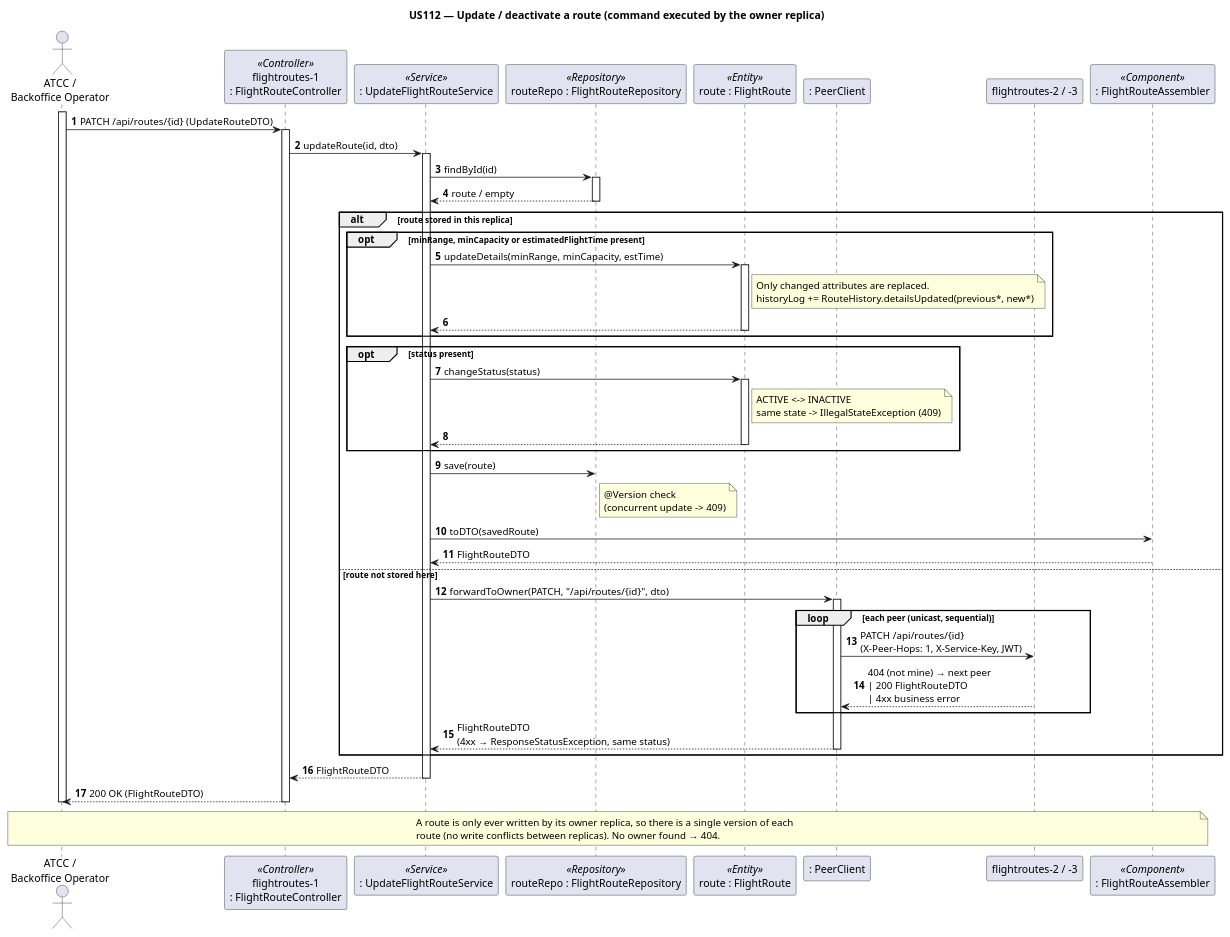
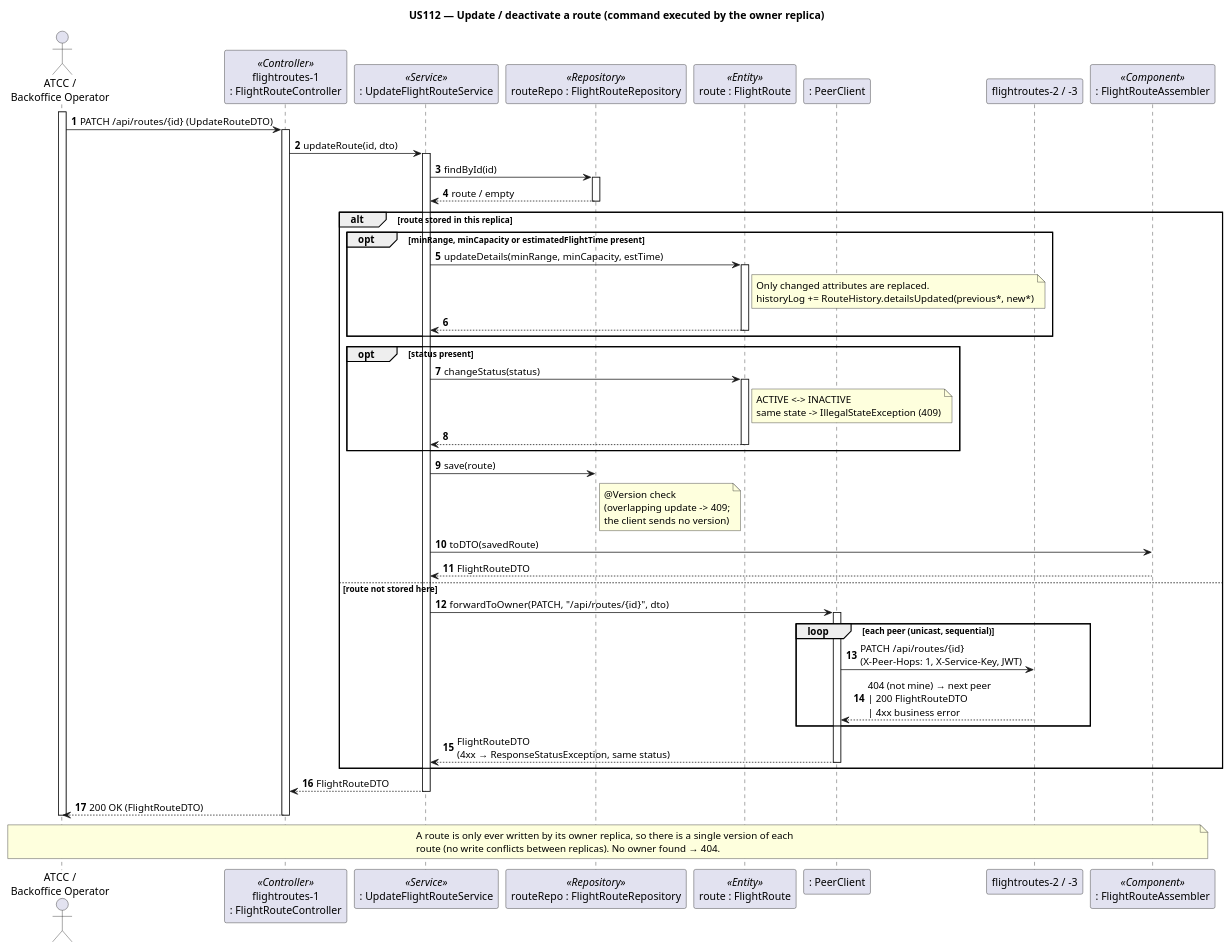
One commit to caetanotiago/Project_SIDIS changed the diagram in docs/5-scenarios/flightroutes/puml/FlightRoutes-SD-UpdateRoute.puml. Above: the diagram before and after it, drawn with PlantUML. The commit also changed 24 other files, not shown here.

```diff
--- a/docs/5-scenarios/flightroutes/puml/FlightRoutes-SD-UpdateRoute.puml
+++ b/docs/5-scenarios/flightroutes/puml/FlightRoutes-SD-UpdateRoute.puml
@@ -1,72 +1,72 @@
 @startuml FlightRoutes-SD-UpdateRoute
 autonumber
 title US112 — Update / deactivate a route (command executed by the owner replica)
 actor "ATCC /\nBackoffice Operator" as User
 
 participant "flightroutes-1\n: FlightRouteController" as Ctrl <<Controller>>
 participant ": UpdateFlightRouteService" as Service <<Service>>
 participant "routeRepo : FlightRouteRepository" as RouteRepo <<Repository>>
 participant "route : FlightRoute" as Route <<Entity>>
 participant ": PeerClient" as Peers
 participant "flightroutes-2 / -3" as Owner
 participant ": FlightRouteAssembler" as Assembler <<Component>>
 
 activate User
 User -> Ctrl : PATCH /api/routes/{id} (UpdateRouteDTO)
 activate Ctrl
 
 Ctrl -> Service : updateRoute(id, dto)
 activate Service
 
 Service -> RouteRepo : findById(id)
 activate RouteRepo
 RouteRepo --> Service : route / empty
 deactivate RouteRepo
 
 alt route stored in this replica
     opt minRange, minCapacity or estimatedFlightTime present
         Service -> Route : updateDetails(minRange, minCapacity, estTime)
         activate Route
         note right of Route
           Only changed attributes are replaced.
           historyLog += RouteHistory.detailsUpdated(previous*, new*)
         end note
         Route --> Service
         deactivate Route
     end
     opt status present
         Service -> Route : changeStatus(status)
         activate Route
         note right of Route
           ACTIVE <-> INACTIVE
           same state -> IllegalStateException (409)
         end note
         Route --> Service
         deactivate Route
     end
     Service -> RouteRepo : save(route)
-    note right of RouteRepo : @Version check\n(concurrent update -> 409)
+    note right of RouteRepo : @Version check\n(overlapping update -> 409;\nthe client sends no version)
     Service -> Assembler : toDTO(savedRoute)
     Assembler --> Service : FlightRouteDTO
 else route not stored here
     Service -> Peers : forwardToOwner(PATCH, "/api/routes/{id}", dto)
     activate Peers
     loop each peer (unicast, sequential)
         Peers -> Owner : PATCH /api/routes/{id}\n(X-Peer-Hops: 1, X-Service-Key, JWT)
         Owner --> Peers : 404 (not mine) → next peer\n| 200 FlightRouteDTO\n| 4xx business error
     end
     Peers --> Service : FlightRouteDTO\n(4xx → ResponseStatusException, same status)
     deactivate Peers
 end
 
 Service --> Ctrl : FlightRouteDTO
 deactivate Service
 Ctrl --> User : 200 OK (FlightRouteDTO)
 deactivate Ctrl
 deactivate User
 
 note over User, Assembler
   A route is only ever written by its owner replica, so there is a single version of each
   route (no write conflicts between replicas). No owner found → 404.
 end note
 @enduml
```
